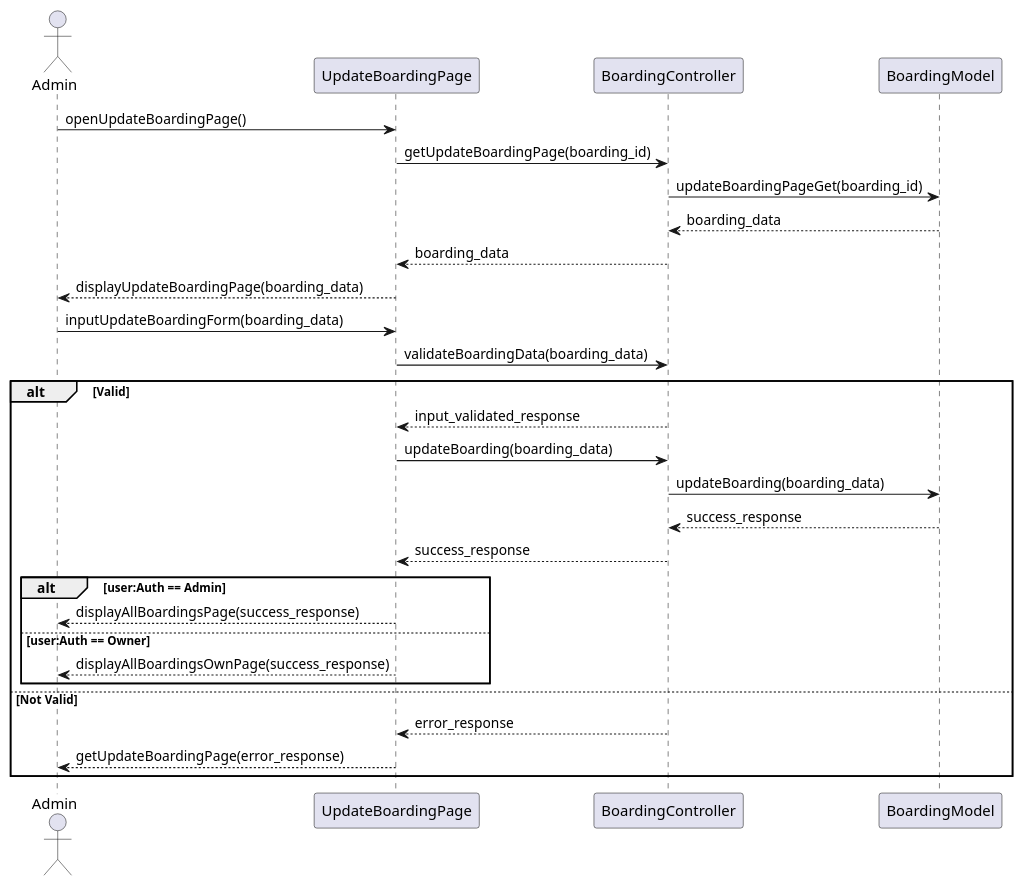
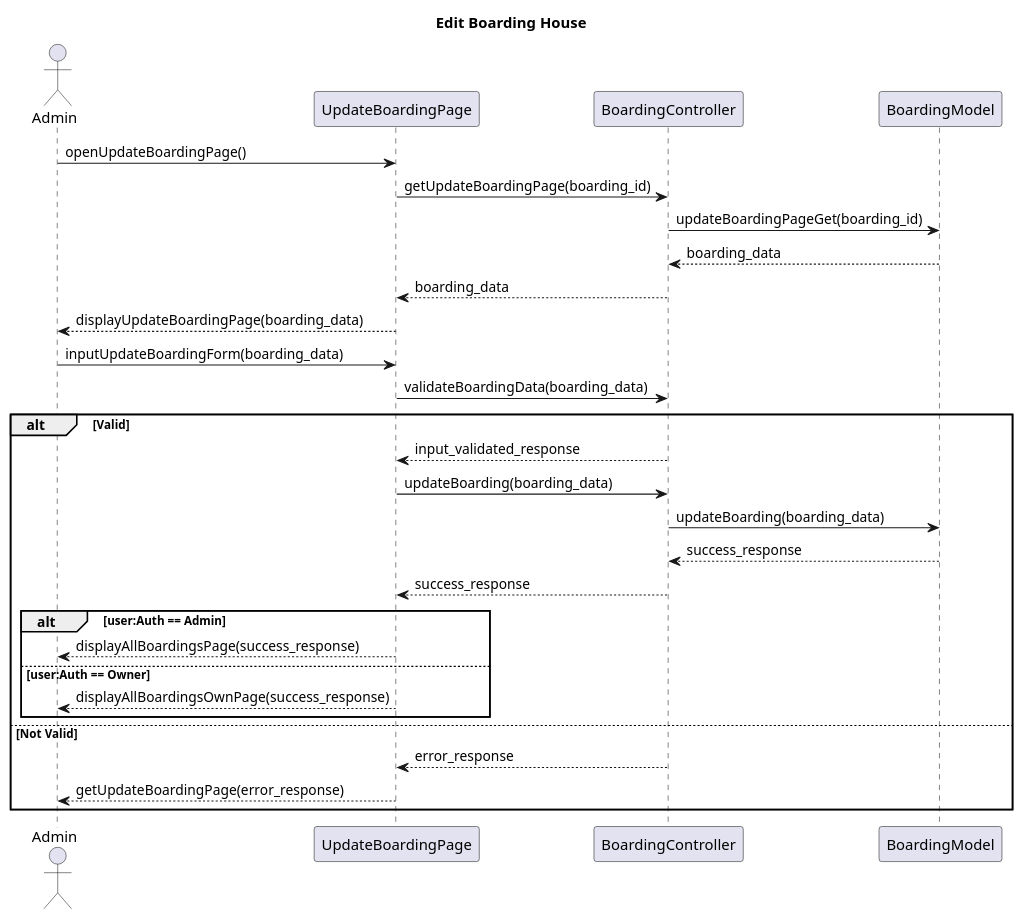
Before and after one commit to AntWort21/BHFMS: the diagram in Design/BHFMS_SEQUENCE/Admin/BoardingManagement/Boarding House (Admin & Owner) Update.puml, drawn with PlantUML. The commit also changed 75 other files, not shown here.

Commit message:
Fix Use Cases & ERD

```diff
--- a/Design/BHFMS_SEQUENCE/Admin/BoardingManagement/Boarding House (Admin & Owner) Update.puml
+++ b/Design/BHFMS_SEQUENCE/Admin/BoardingManagement/Boarding House (Admin & Owner) Update.puml
@@ -1,33 +1,34 @@
 @startuml
+title Edit Boarding House 
 actor Admin as act
 participant UpdateBoardingPage as view
 participant BoardingController as ctrl
 participant BoardingModel as model
 
 act -> view : openUpdateBoardingPage()
 view -> ctrl : getUpdateBoardingPage(boarding_id)
 ctrl -> model : updateBoardingPageGet(boarding_id)
 model --> ctrl : boarding_data
 ctrl --> view : boarding_data
 view --> act : displayUpdateBoardingPage(boarding_data)
 
     act->view : inputUpdateBoardingForm(boarding_data)
     view->ctrl : validateBoardingData(boarding_data)
         alt Valid
         ctrl-->view:input_validated_response
         view->ctrl: updateBoarding(boarding_data)
         ctrl->model: updateBoarding(boarding_data)
         model --> ctrl: success_response
         ctrl --> view: success_response
         alt user:Auth == Admin
             view-->act: displayAllBoardingsPage(success_response)
             else user:Auth == Owner
             view-->act: displayAllBoardingsOwnPage(success_response)
             end
         else Not Valid
         ctrl --> view: error_response
         view-->act: getUpdateBoardingPage(error_response)
         end
 
 
 @enduml
```
